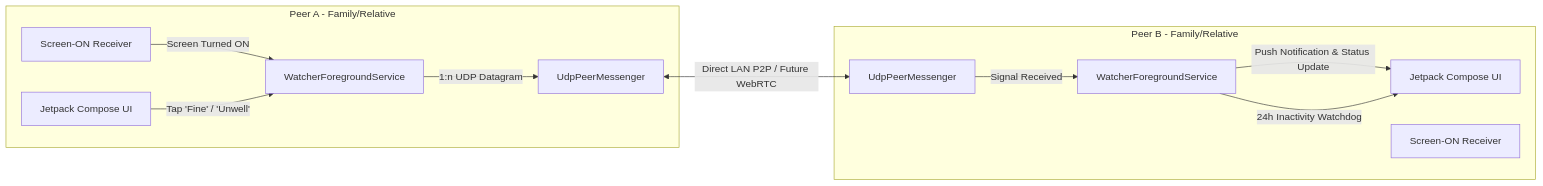
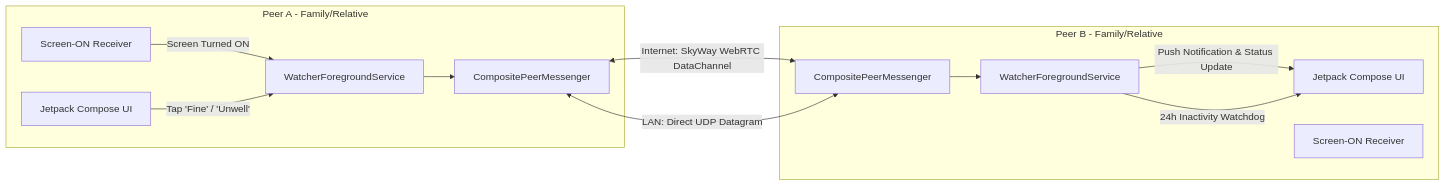
One commit to amekusa03/BugsLife changed the diagram in README.md. Above: the diagram before and after it, drawn with Mermaid. The commit also changed other lines of this file and 12 other files, not shown here.

Commit message:
Add SkyWay WebRTC DataChannel P2P support for internet-wide mutual watching

````diff
--- a/README.md
+++ b/README.md
@@ -55,24 +58,25 @@
 ```mermaid
 graph LR
     subgraph Device A [Peer A - Family/Relative]
         UI_A[Jetpack Compose UI]
         Service_A[WatcherForegroundService]
         Screen_A[Screen-ON Receiver]
-        UDP_A[UdpPeerMessenger]
+        Composite_A[CompositePeerMessenger]
     end
 
     subgraph Device B [Peer B - Family/Relative]
         UI_B[Jetpack Compose UI]
         Service_B[WatcherForegroundService]
         Screen_B[Screen-ON Receiver]
-        UDP_B[UdpPeerMessenger]
+        Composite_B[CompositePeerMessenger]
     end
 
     Screen_A -->|Screen Turned ON| Service_A
     UI_A -->|Tap 'Fine' / 'Unwell'| Service_A
-    Service_A -->|1:n UDP Datagram| UDP_A
-    UDP_A <-->|Direct LAN P2P / Future WebRTC| UDP_B
-    UDP_B -->|Signal Received| Service_B
+    Service_A --> Composite_A
+    Composite_A <-->|Internet: SkyWay WebRTC DataChannel| Composite_B
+    Composite_A <-->|LAN: Direct UDP Datagram| Composite_B
+    Composite_B --> Service_B
     Service_B -->|Push Notification & Status Update| UI_B
     Service_B -->|24h Inactivity Watchdog| UI_B
 ```
````
